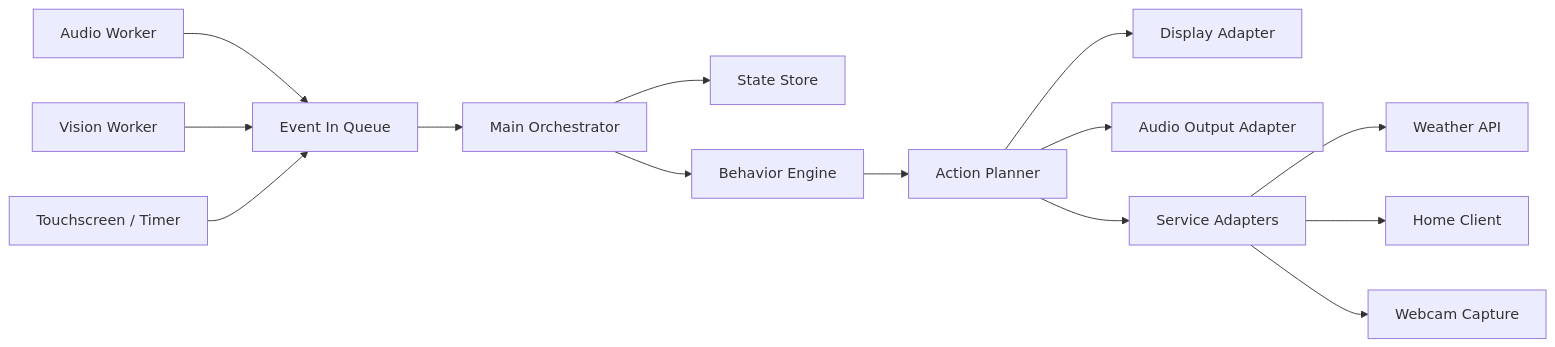
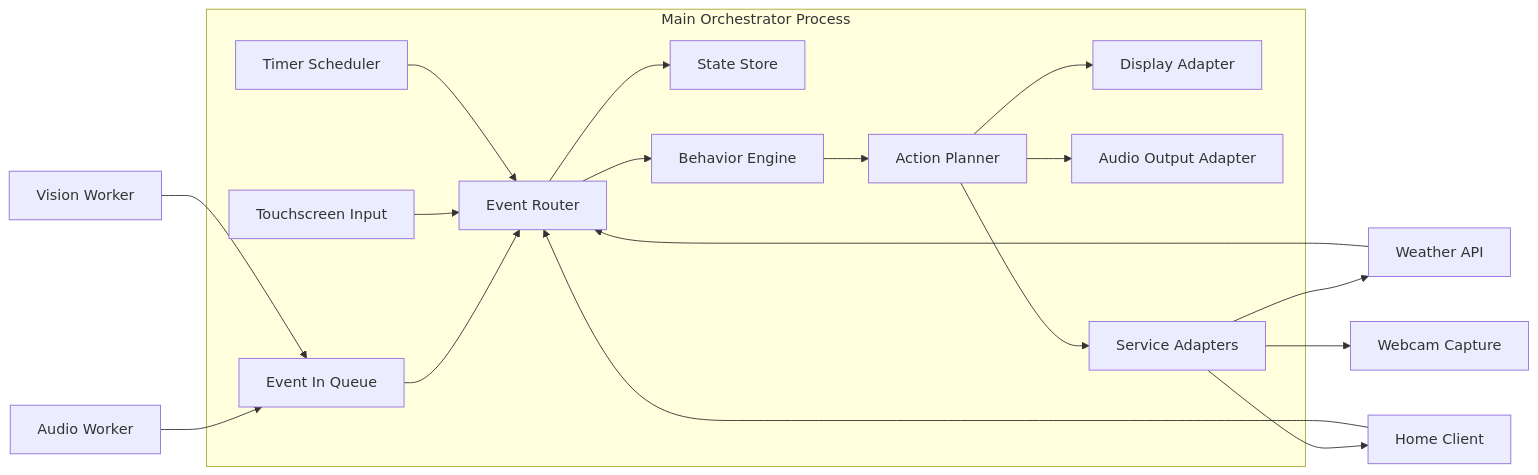
The diagram in docs/architecture.md (soyangBaek/RIO), drawn with Mermaid before and after one commit. The commit also changed other lines of this file and 2 other files, not shown here.

````diff
--- a/docs/architecture.md
+++ b/docs/architecture.md
@@ -17,19 +17,23 @@
 ```mermaid
 flowchart LR
     A[Audio Worker] --> D[Event In Queue]
     B[Vision Worker] --> D
-    C[Touchscreen / Timer] --> D
 
-    D --> E[Main Orchestrator]
-    E --> F[State Store]
-    E --> G[Behavior Engine]
-    G --> H[Action Planner]
-
-    H --> I[Display Adapter]
-    H --> J[Audio Output Adapter]
-    H --> K[Service Adapters]
+    subgraph Main[Main Orchestrator Process]
+        D --> E[Event Router]
+        C[Touchscreen Input] --> E
+        T[Timer Scheduler] --> E
+        E --> F[State Store]
+        E --> G[Behavior Engine]
+        G --> H[Action Planner]
+        H --> I[Display Adapter]
+        H --> J[Audio Output Adapter]
+        H --> K[Service Adapters]
+    end
 
     K --> L[Weather API]
     K --> M[Home Client]
     K --> N[Webcam Capture]
+    L --> E
+    M --> E
 ```
````
